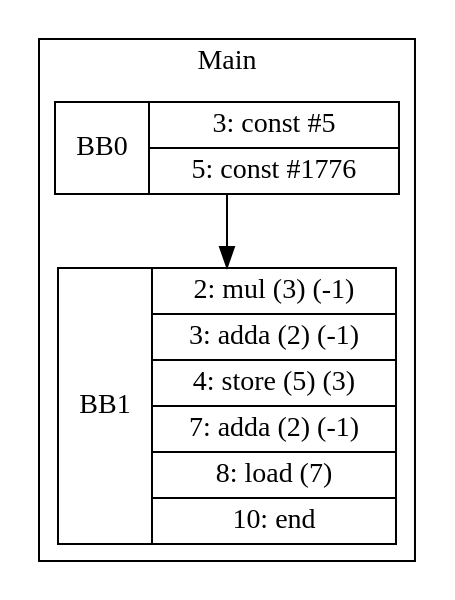
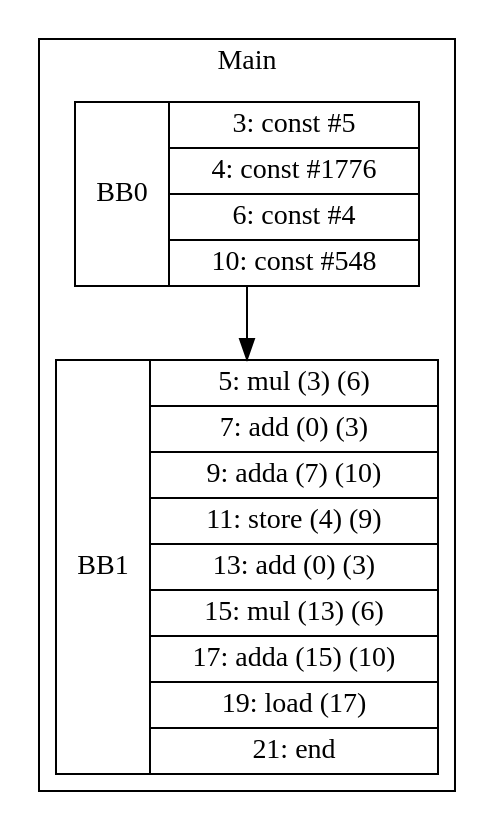
Before and after one commit to zjc664656505/UCI-CS241-Advanced-Compiler-main: the diagram in visualization/jmcgowa/Array1_2_adv.gv, drawn with Graphviz. The commit also changed 35 other files, not shown here.

```diff
--- a/visualization/jmcgowa/Array1_2_adv.gv
+++ b/visualization/jmcgowa/Array1_2_adv.gv
@@ -1,9 +1,9 @@
 digraph G {
 node [shape=record];
 subgraph cluster_main{
 label = "Main";
-BB0 [shape=record, label="<b>BB0|{3: const #5|5: const #1776}"];
-BB1 [shape=record, label="<b>BB1|{2: mul (3) (-1)|3: adda (2) (-1)|4: store (5) (3)|7: adda (2) (-1)|8: load (7)|10: end}"];
+BB0 [shape=record, label="<b>BB0|{3: const #5|4: const #1776|6: const #4|10: const #548}"];
+BB1 [shape=record, label="<b>BB1|{5: mul (3) (6)|7: add (0) (3)|9: adda (7) (10)|11: store (4) (9)|13: add (0) (3)|15: mul (13) (6)|17: adda (15) (10)|19: load (17)|21: end}"];
 }
 BB0:s -> BB1:n ;
 }
```
